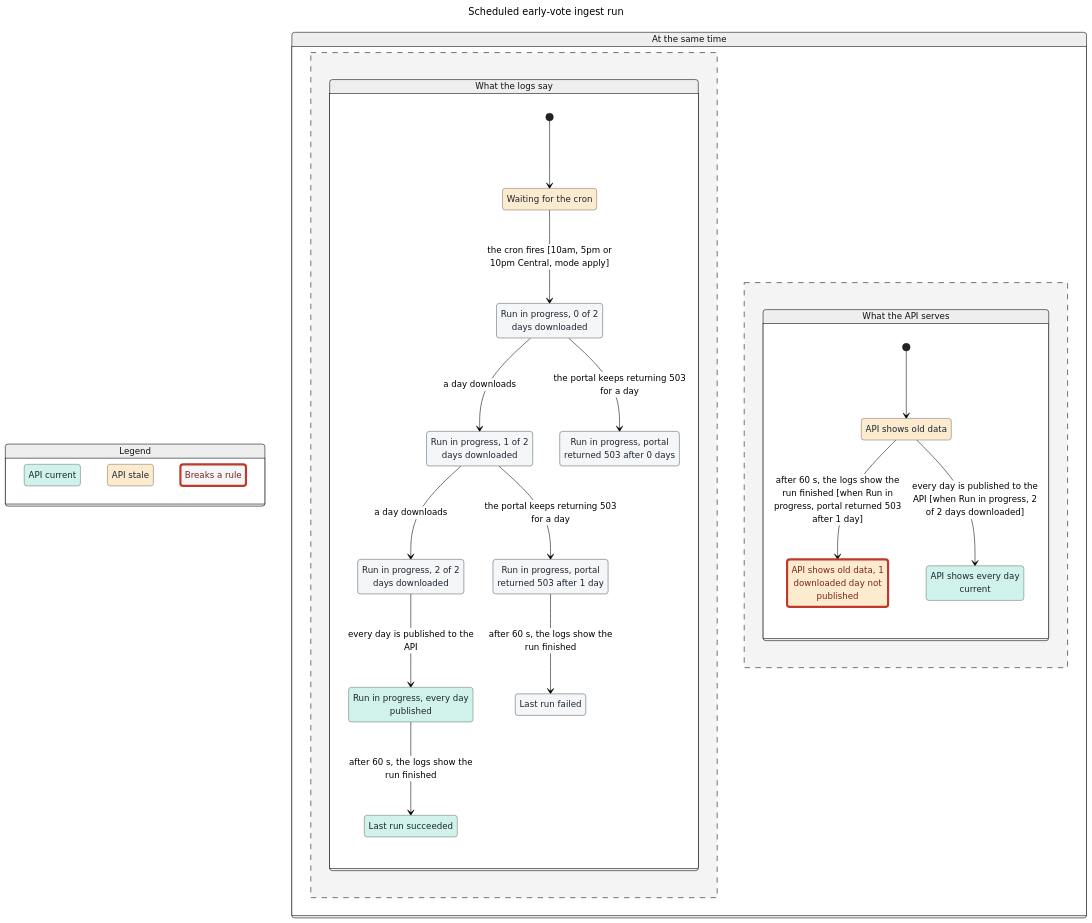
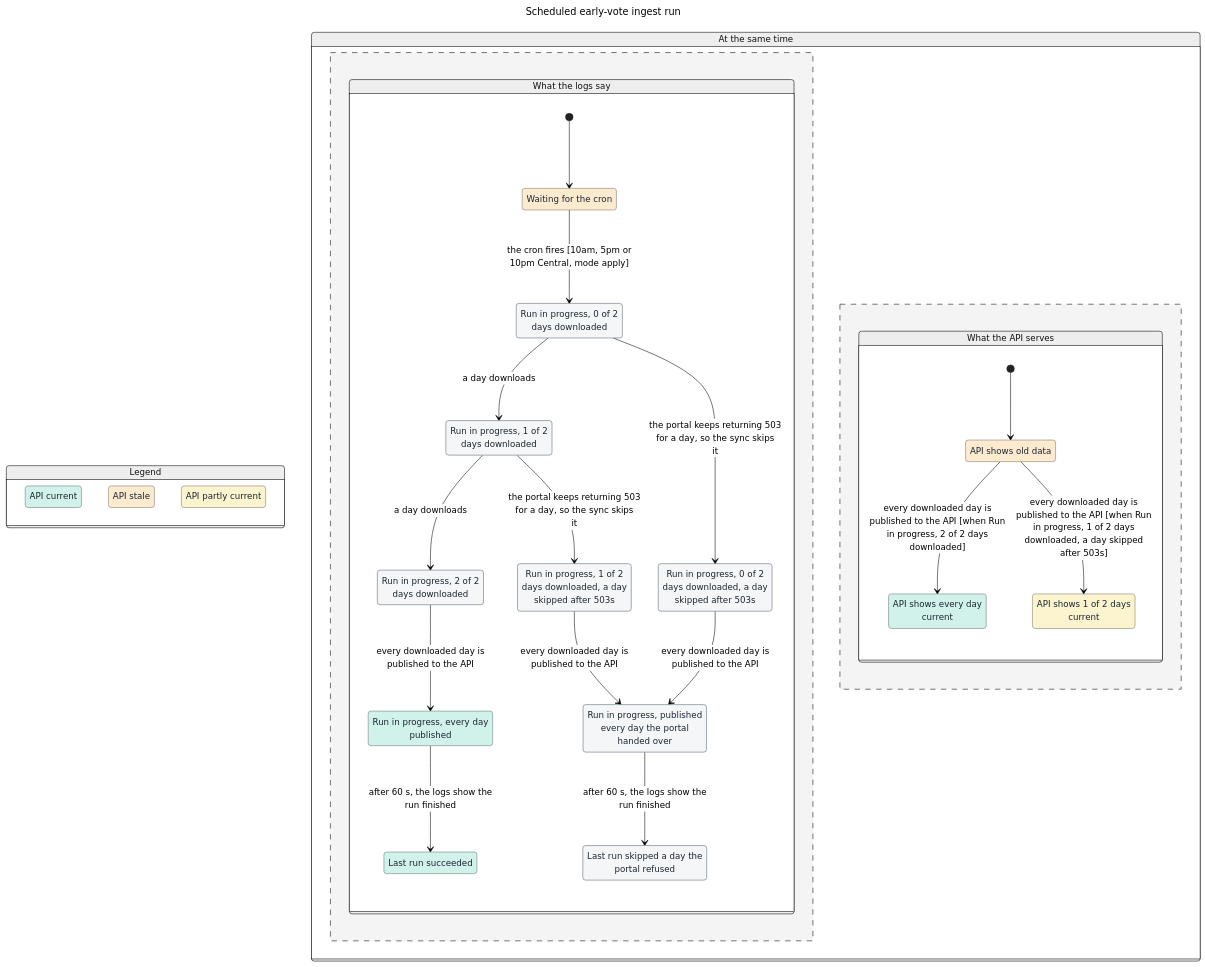
One commit to Abstract-Data/texas-turnout-scraper changed the second of 11 diagrams in README.md. Above: the diagram before and after it, drawn with Mermaid (neutral theme). The commit also changed other lines of this file and 14 other files, not shown here.

First line of the commit message:
fix(ev-ingest): skip a day the portal refuses and publish the rest

````diff
--- a/README.md
+++ b/README.md
@@ -172,68 +172,71 @@
 ```mermaid
 ---
 title: "Scheduled early-vote ingest run"
 config:
   markdownAutoWrap: false
   state:
     useMaxWidth: false
 ---
 stateDiagram-v2
   classDef plain fill:#f4f6f7,stroke:#566573,color:#1b2631
-  classDef plainWrong fill:#f4f6f7,stroke:#c0392b,stroke-width:4px,color:#7b241c
   classDef group0 fill:#d1f2eb,stroke:#697976,color:#1b2631
   classDef group1 fill:#fdebd0,stroke:#7f7668,color:#1b2631
-  classDef group1Wrong fill:#fdebd0,stroke:#c0392b,stroke-width:4px,color:#7b241c
+  classDef group2 fill:#fcf3cf,stroke:#7e7a68,color:#1b2631
   state "Legend" as legend {
     state "API current" as legendGroup0
     state "API stale" as legendGroup1
-    state "Breaks a rule" as legendWrong
+    state "API partly current" as legendGroup2
   }
   class legendGroup0 group0
   class legendGroup1 group1
-  class legendWrong plainWrong
+  class legendGroup2 group2
   state "At the same time" as regions {
     state "What the logs say" as region0 {
-      [*] --> r0s8
-      state "Last run failed" as r0s0
+      [*] --> r0s9
+      state "Last run skipped a day the<br/>portal refused" as r0s0
       state "Last run succeeded" as r0s1
       state "Run in progress, 0 of 2<br/>days downloaded" as r0s2
-      state "Run in progress, 1 of 2<br/>days downloaded" as r0s3
-      state "Run in progress, 2 of 2<br/>days downloaded" as r0s4
-      state "Run in progress, every day<br/>published" as r0s5
-      state "Run in progress, portal<br/>returned 503 after 0 days" as r0s6
-      state "Run in progress, portal<br/>returned 503 after 1 day" as r0s7
-      state "Waiting for the cron" as r0s8
-      r0s2 --> r0s3 : a day downloads
-      r0s2 --> r0s6 : the portal keeps returning 503<br/>for a day
-      r0s3 --> r0s4 : a day downloads
-      r0s3 --> r0s7 : the portal keeps returning 503<br/>for a day
-      r0s4 --> r0s5 : every day is published to the<br/>API
-      r0s5 --> r0s1 : after 60 s, the logs show the<br/>run finished
-      r0s7 --> r0s0 : after 60 s, the logs show the<br/>run finished
-      r0s8 --> r0s2 : the cron fires [10am, 5pm or<br/>10pm Central, mode apply]
+      state "Run in progress, 0 of 2<br/>days downloaded, a day<br/>skipped after 503s" as r0s3
+      state "Run in progress, 1 of 2<br/>days downloaded" as r0s4
+      state "Run in progress, 1 of 2<br/>days downloaded, a day<br/>skipped after 503s" as r0s5
+      state "Run in progress, 2 of 2<br/>days downloaded" as r0s6
+      state "Run in progress, every day<br/>published" as r0s7
+      state "Run in progress, published<br/>every day the portal<br/>handed over" as r0s8
+      state "Waiting for the cron" as r0s9
+      r0s2 --> r0s4 : a day downloads
+      r0s2 --> r0s3 : the portal keeps returning 503<br/>for a day, so the sync skips<br/>it
+      r0s3 --> r0s8 : every downloaded day is<br/>published to the API
+      r0s4 --> r0s6 : a day downloads
+      r0s4 --> r0s5 : the portal keeps returning 503<br/>for a day, so the sync skips<br/>it
+      r0s5 --> r0s8 : every downloaded day is<br/>published to the API
+      r0s6 --> r0s7 : every downloaded day is<br/>published to the API
+      r0s7 --> r0s1 : after 60 s, the logs show the<br/>run finished
+      r0s8 --> r0s0 : after 60 s, the logs show the<br/>run finished
+      r0s9 --> r0s2 : the cron fires [10am, 5pm or<br/>10pm Central, mode apply]
     }
     --
     state "What the API serves" as region1 {
-      [*] --> r1s1
-      state "API shows every day<br/>current" as r1s0
-      state "API shows old data" as r1s1
-      state "API shows old data, 1<br/>downloaded day not<br/>published" as r1s2
-      r1s1 --> r1s2 : after 60 s, the logs show the<br/>run finished [when Run in<br/>progress, portal returned 503<br/>after 1 day]
-      %% when r0s7
-      r1s1 --> r1s0 : every day is published to the<br/>API [when Run in progress, 2<br/>of 2 days downloaded]
-      %% when r0s4
+      [*] --> r1s2
+      state "API shows 1 of 2 days<br/>current" as r1s0
+      state "API shows every day<br/>current" as r1s1
+      state "API shows old data" as r1s2
+      r1s2 --> r1s1 : every downloaded day is<br/>published to the API [when Run<br/>in progress, 2 of 2 days<br/>downloaded]
+      %% when r0s6
+      r1s2 --> r1s0 : every downloaded day is<br/>published to the API [when Run<br/>in progress, 1 of 2 days<br/>downloaded, a day skipped<br/>after 503s]
+      %% when r0s5
     }
   }
   class r0s0 plain
   class r0s1 group0
   class r0s2 plain
   class r0s3 plain
   class r0s4 plain
-  class r0s5 group0
+  class r0s5 plain
   class r0s6 plain
-  class r0s7 plain
-  class r0s8 group1
-  class r1s0 group0
-  class r1s1 group1
-  class r1s2 group1Wrong
+  class r0s7 group0
+  class r0s8 plain
+  class r0s9 group1
+  class r1s0 group2
+  class r1s1 group0
+  class r1s2 group1
 ```
````
